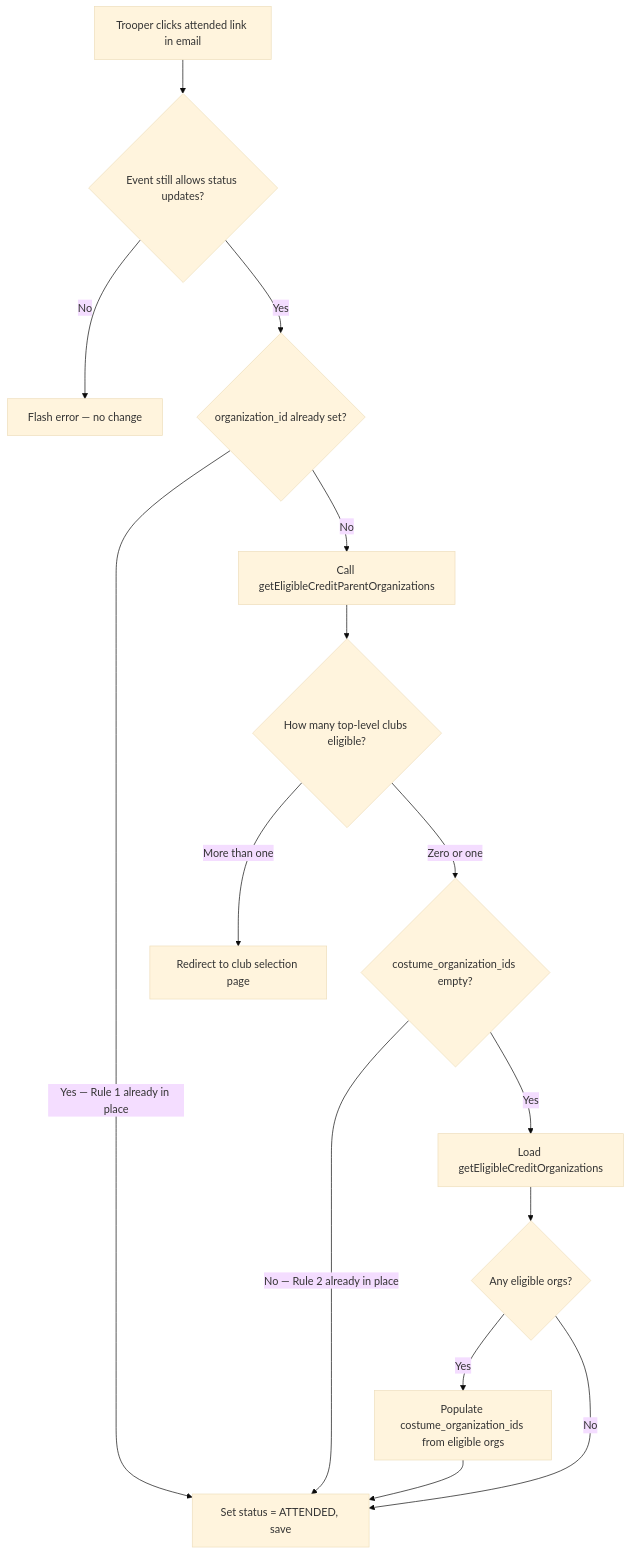
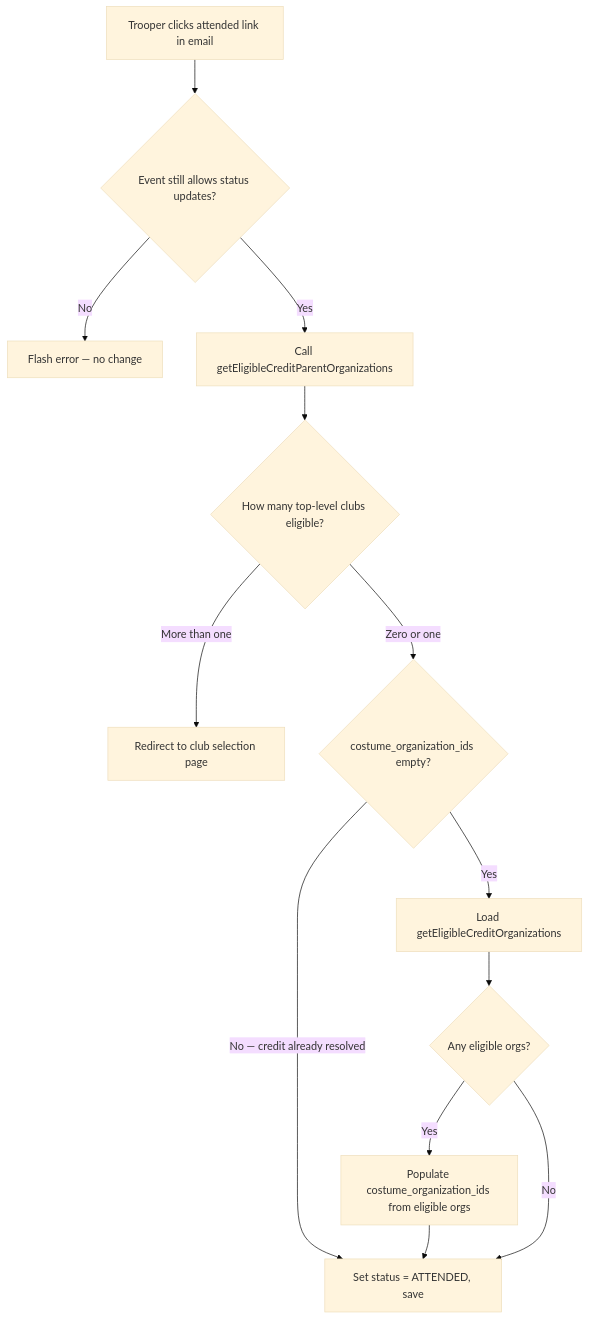
Before and after one commit to obsidianslicers/trooper-tracker: the second of 6 diagrams in docs/TROOP_CREDIT.md, drawn with Mermaid (base theme). The commit also changed other lines of this file and 3 other files, not shown here.

````diff
--- a/docs/TROOP_CREDIT.md
+++ b/docs/TROOP_CREDIT.md
@@ -67,17 +67,15 @@
 ```mermaid
 flowchart TD
     A[Trooper clicks attended link in email] --> B{Event still allows status updates?}
     B -->|No| X[Flash error — no change]
-    B -->|Yes| C{organization_id already set?}
-    C -->|Yes — Rule 1 already in place| D[Set status = ATTENDED, save]
-    C -->|No| E[Call getEligibleCreditParentOrganizations]
+    B -->|Yes| E[Call getEligibleCreditParentOrganizations]
     E --> F{How many top-level clubs eligible?}
     F -->|More than one| G[Redirect to club selection page]
     F -->|Zero or one| H{costume_organization_ids empty?}
-    H -->|No — Rule 2 already in place| D
+    H -->|No — credit already resolved| D[Set status = ATTENDED, save]
     H -->|Yes| I[Load getEligibleCreditOrganizations]
     I --> J{Any eligible orgs?}
     J -->|Yes| K[Populate costume_organization_ids from eligible orgs]
     K --> D
     J -->|No| D
 ```
````
